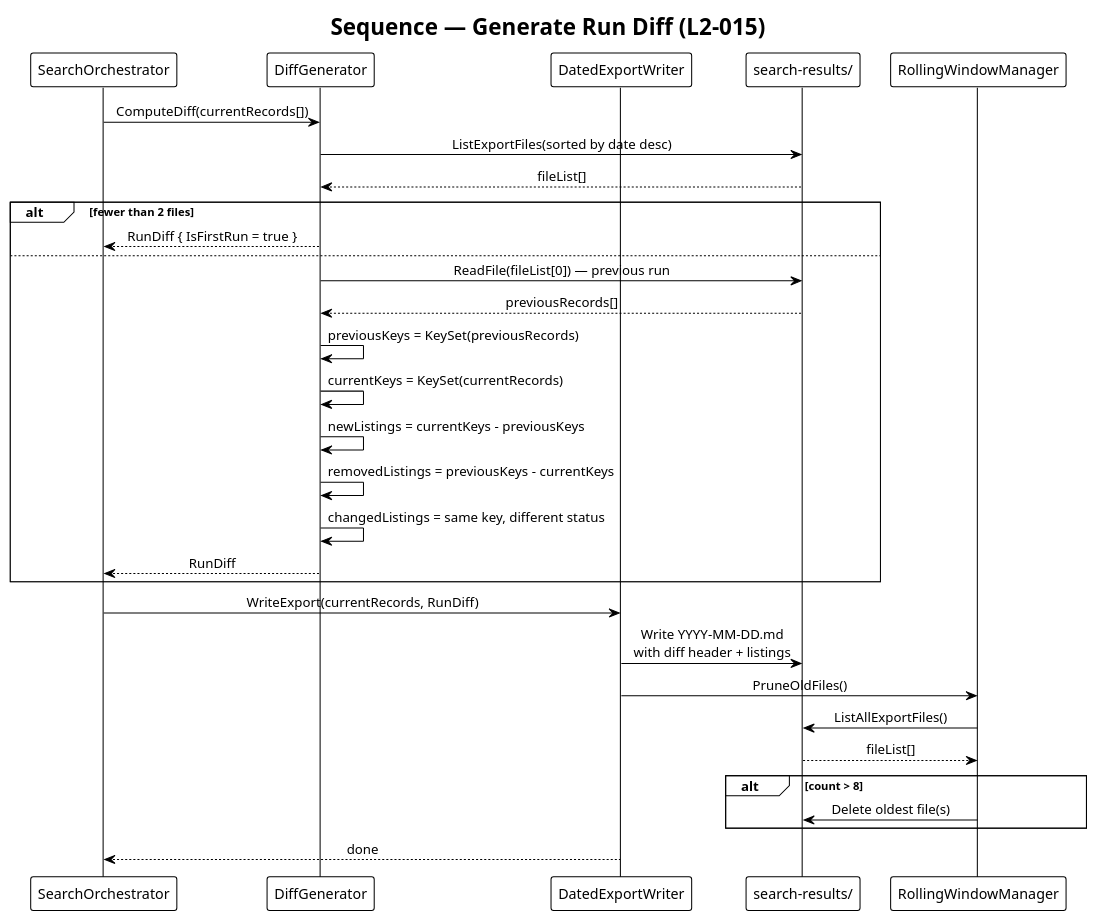
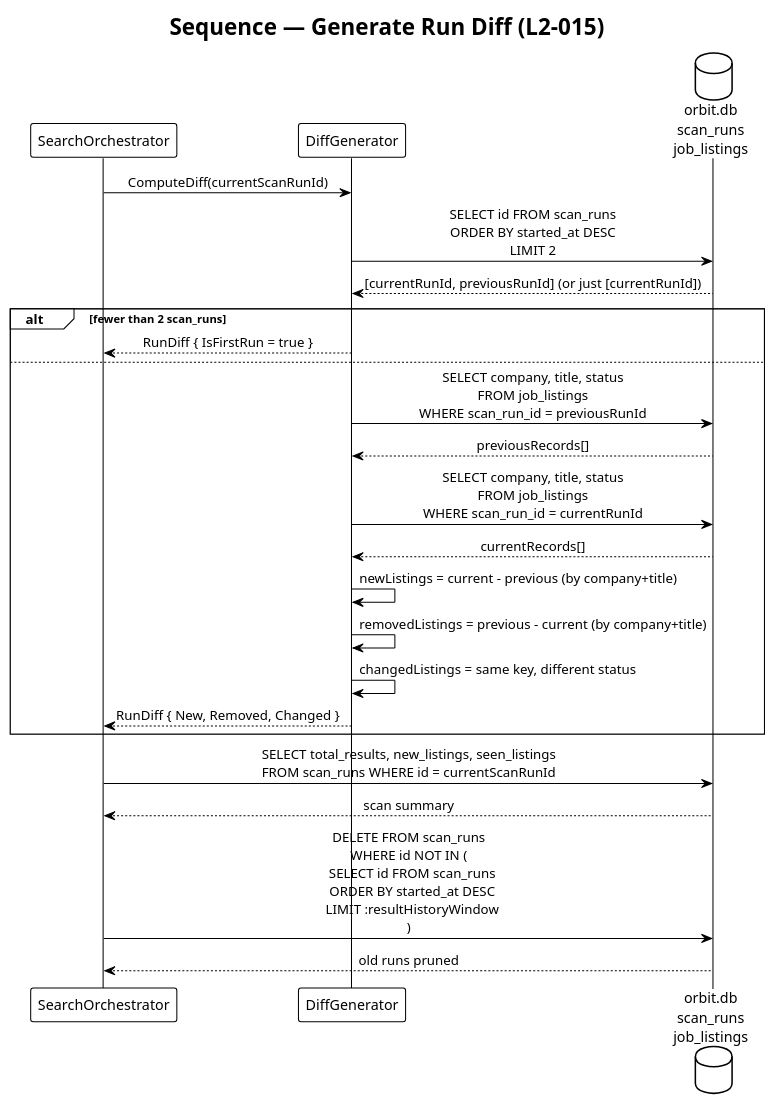
The diagram in docs/detailed-designs/06-search-history-and-deduplication/diagrams/sequence_generate_diff.puml (QuinntyneBrown/Orbit), drawn with PlantUML before and after one commit. The commit also changed 4 other files, not shown here.

Commit message:
Update sequence diagrams for search history, compensation research, interview prep, and recruiter management

```diff
--- a/docs/detailed-designs/06-search-history-and-deduplication/diagrams/sequence_generate_diff.puml
+++ b/docs/detailed-designs/06-search-history-and-deduplication/diagrams/sequence_generate_diff.puml
@@ -1,40 +1,37 @@
 @startuml sequence_generate_diff
 !theme plain
 skinparam sequenceMessageAlign center
 
 title Sequence — Generate Run Diff (L2-015)
 
 participant "SearchOrchestrator" as Orch
 participant "DiffGenerator" as Diff
-participant "DatedExportWriter" as Writer
-participant "search-results/" as ExportDir
-participant "RollingWindowManager" as RWM
+database "orbit.db\nscan_runs\njob_listings" as DB
 
-Orch -> Diff : ComputeDiff(currentRecords[])
-Diff -> ExportDir : ListExportFiles(sorted by date desc)
-ExportDir --> Diff : fileList[]
+Orch -> Diff : ComputeDiff(currentScanRunId)
 
-alt fewer than 2 files
+Diff -> DB : SELECT id FROM scan_runs\nORDER BY started_at DESC\nLIMIT 2
+DB --> Diff : [currentRunId, previousRunId] (or just [currentRunId])
+
+alt fewer than 2 scan_runs
     Diff --> Orch : RunDiff { IsFirstRun = true }
 else
-    Diff -> ExportDir : ReadFile(fileList[0]) — previous run
-    ExportDir --> Diff : previousRecords[]
-    Diff -> Diff : previousKeys = KeySet(previousRecords)
-    Diff -> Diff : currentKeys = KeySet(currentRecords)
-    Diff -> Diff : newListings = currentKeys - previousKeys
-    Diff -> Diff : removedListings = previousKeys - currentKeys
+    Diff -> DB : SELECT company, title, status\nFROM job_listings\nWHERE scan_run_id = previousRunId
+    DB --> Diff : previousRecords[]
+
+    Diff -> DB : SELECT company, title, status\nFROM job_listings\nWHERE scan_run_id = currentRunId
+    DB --> Diff : currentRecords[]
+
+    Diff -> Diff : newListings = current - previous (by company+title)
+    Diff -> Diff : removedListings = previous - current (by company+title)
     Diff -> Diff : changedListings = same key, different status
-    Diff --> Orch : RunDiff
+    Diff --> Orch : RunDiff { New, Removed, Changed }
 end
 
-Orch -> Writer : WriteExport(currentRecords, RunDiff)
-Writer -> ExportDir : Write YYYY-MM-DD.md\nwith diff header + listings
-Writer -> RWM : PruneOldFiles()
-RWM -> ExportDir : ListAllExportFiles()
-ExportDir --> RWM : fileList[]
-alt count > 8
-    RWM -> ExportDir : Delete oldest file(s)
-end
-Writer --> Orch : done
+Orch -> DB : SELECT total_results, new_listings, seen_listings\nFROM scan_runs WHERE id = currentScanRunId
+DB --> Orch : scan summary
+
+Orch -> DB : DELETE FROM scan_runs\nWHERE id NOT IN (\n  SELECT id FROM scan_runs\n  ORDER BY started_at DESC\n  LIMIT :resultHistoryWindow\n)
+DB --> Orch : old runs pruned
 
 @enduml
```
